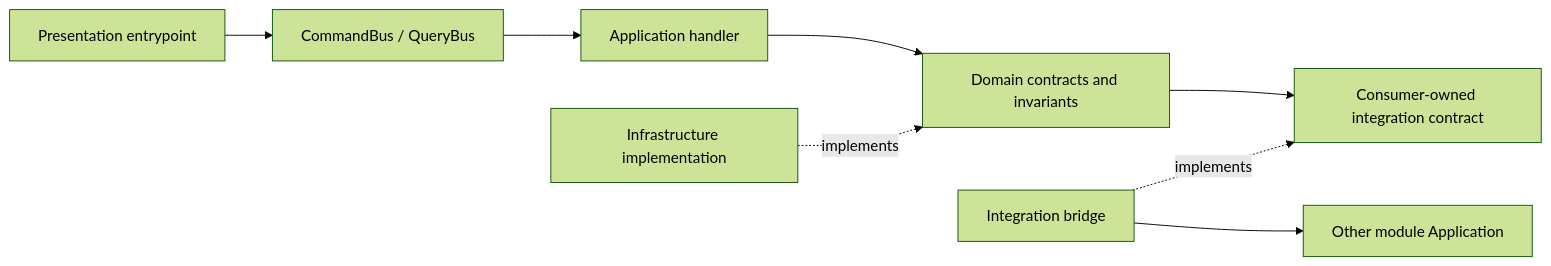
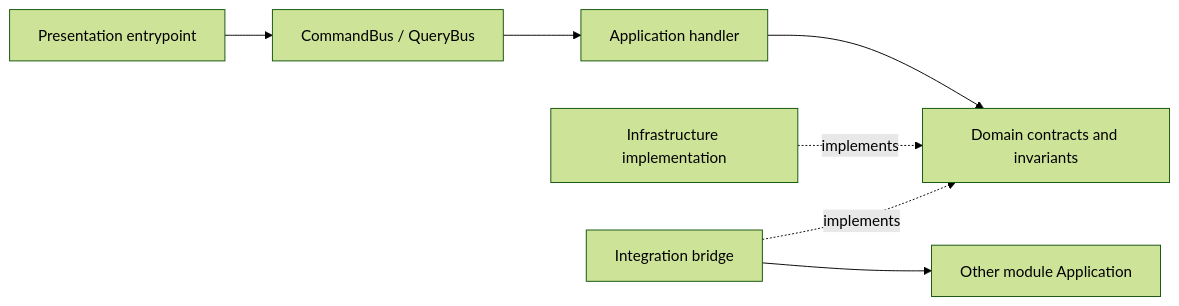
Before and after one commit to prikotov/symfony-ddd-ai-skeleton: the diagram in docs/module-scaffold-guide.md, drawn with Mermaid (forest theme).

Commit message:
docs(module): simplify integration contract flow

````diff
--- a/docs/module-scaffold-guide.md
+++ b/docs/module-scaffold-guide.md
@@ -201,17 +201,16 @@
 ```mermaid
 flowchart LR
     Presentation[Presentation entrypoint]
     Bus[CommandBus / QueryBus]
     Application[Application handler]
     Domain[Domain contracts and invariants]
     Infrastructure[Infrastructure implementation]
     Integration[Integration bridge]
     OtherApplication[Other module Application]
 
     Presentation --> Bus --> Application
     Application --> Domain
     Infrastructure -. implements .-> Domain
-    Domain --> IntegrationContract[Consumer-owned integration contract]
-    Integration -. implements .-> IntegrationContract
+    Integration -. implements .-> Domain
     Integration --> OtherApplication
 ```
````
